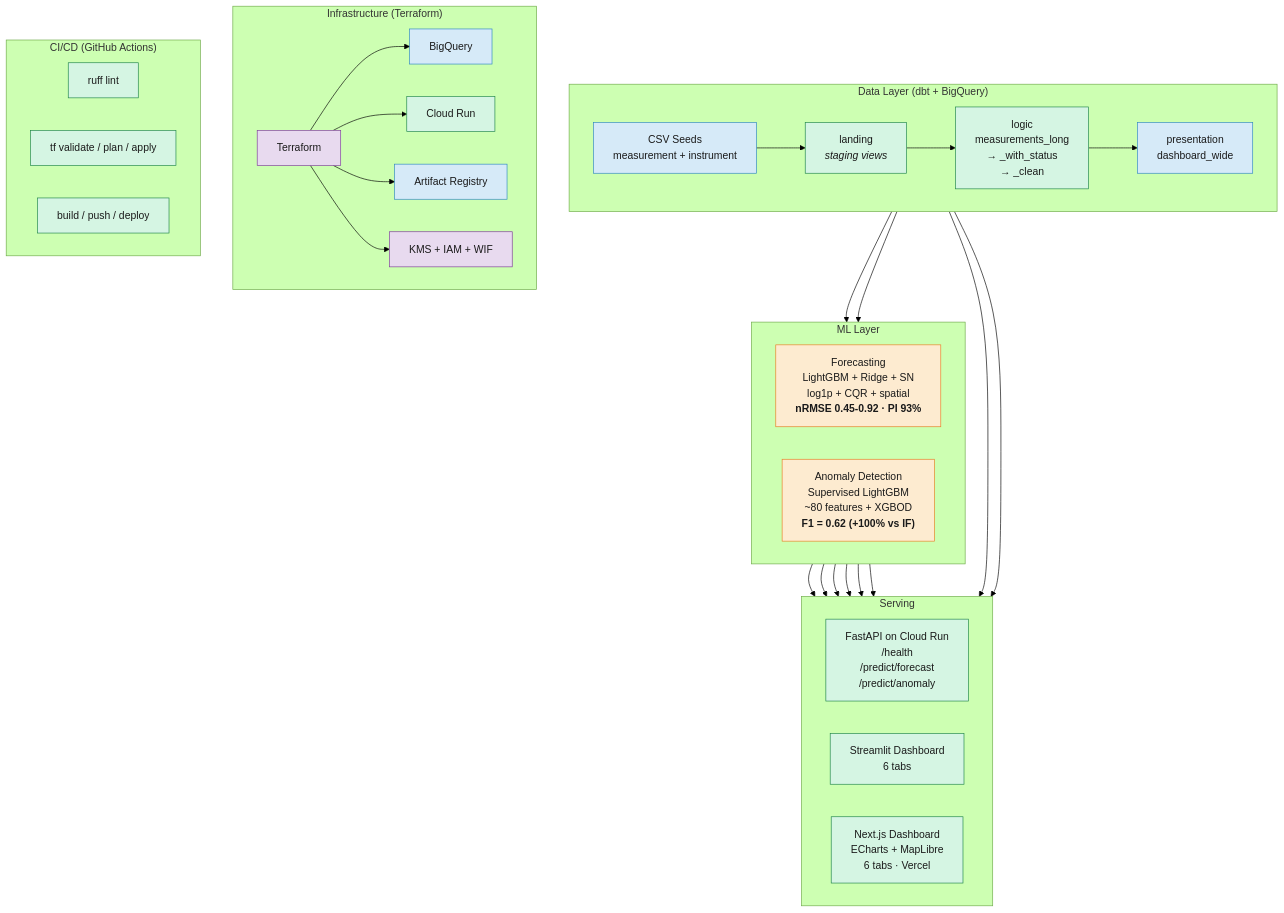
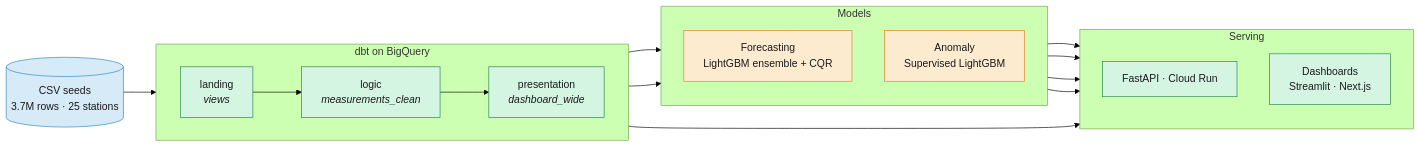
Before and after one commit to mponsclo/pollution-prediction: the first of 2 diagrams in README.md, drawn with Mermaid (forest theme). The commit also changed other lines of this file and 16 other files, not shown here.

````diff
--- a/README.md
+++ b/README.md
@@ -78,53 +77,30 @@
 ```mermaid
-graph TB
-  subgraph Data["Data Layer (dbt + BigQuery)"]
+graph LR
+  Seeds[(CSV seeds<br/>3.7M rows · 25 stations)]:::storage --> Landing
+
+  subgraph dbt["dbt on BigQuery"]
     direction LR
-    Seeds["CSV Seeds<br/>measurement + instrument"]:::storage --> Landing["landing<br/><i>staging views</i>"]:::compute
-    Landing --> Logic["logic<br/>measurements_long<br/>→ _with_status<br/>→ _clean"]:::compute
-    Logic --> Presentation["presentation<br/>dashboard_wide"]:::storage
+    Landing["landing<br/><i>views</i>"]:::compute --> Logic["logic<br/><i>measurements_clean</i>"]:::compute --> Pres["presentation<br/><i>dashboard_wide</i>"]:::compute
   end
 
-  subgraph ML["ML Layer"]
-    direction LR
-    Forecast["Forecasting<br/>LightGBM + Ridge + SN<br/>log1p + CQR + spatial<br/><b>nRMSE 0.45-0.92 · PI 93%</b>"]:::ml
-    Anomaly["Anomaly Detection<br/>Supervised LightGBM<br/>~80 features + XGBOD<br/><b>F1 = 0.62 (+100% vs IF)</b>"]:::ml
+  subgraph ML["Models"]
+    direction TB
+    Forecast["Forecasting<br/>LightGBM ensemble + CQR"]:::ml
+    Anomaly["Anomaly<br/>Supervised LightGBM"]:::ml
   end
 
   subgraph Serving["Serving"]
-    direction LR
-    API["FastAPI on Cloud Run<br/>/health<br/>/predict/forecast<br/>/predict/anomaly"]:::compute
-    Dash["Streamlit Dashboard<br/>6 tabs"]:::compute
-    Next["Next.js Dashboard<br/>ECharts + MapLibre<br/>6 tabs · Vercel"]:::compute
+    direction TB
+    API["FastAPI · Cloud Run"]:::compute
+    Dash["Dashboards<br/>Streamlit · Next.js"]:::compute
   end
 
-  subgraph Infra["Infrastructure (Terraform)"]
-    direction LR
-    TF["Terraform"]:::infra --> BQ["BigQuery"]:::storage
-    TF --> CR["Cloud Run"]:::compute
-    TF --> AR["Artifact Registry"]:::storage
-    TF --> KMS["KMS + IAM + WIF"]:::infra
-  end
-
-  subgraph CICD["CI/CD (GitHub Actions)"]
-    direction LR
-    Lint["ruff lint"]:::compute
-    TFW["tf validate / plan / apply"]:::compute
-    Docker["build / push / deploy"]:::compute
-  end
-
-  Logic --> Forecast
-  Logic --> Anomaly
-  Forecast --> API
-  Anomaly --> API
-  Logic --> Dash
-  Forecast --> Dash
-  Anomaly --> Dash
-  Logic --> Next
-  Forecast --> Next
-  Anomaly --> Next
+  Logic --> Forecast & Anomaly
+  Forecast & Anomaly --> API
+  Pres --> Dash
+  Forecast & Anomaly --> Dash
 
   classDef storage fill:#d6eaf8,stroke:#2e86c1,color:#1a1a1a
   classDef compute fill:#d5f5e3,stroke:#1e8449,color:#1a1a1a
   classDef ml fill:#fdebd0,stroke:#e67e22,color:#1a1a1a
-  classDef infra fill:#e8daef,stroke:#7d3c98,color:#1a1a1a
 ```
````
